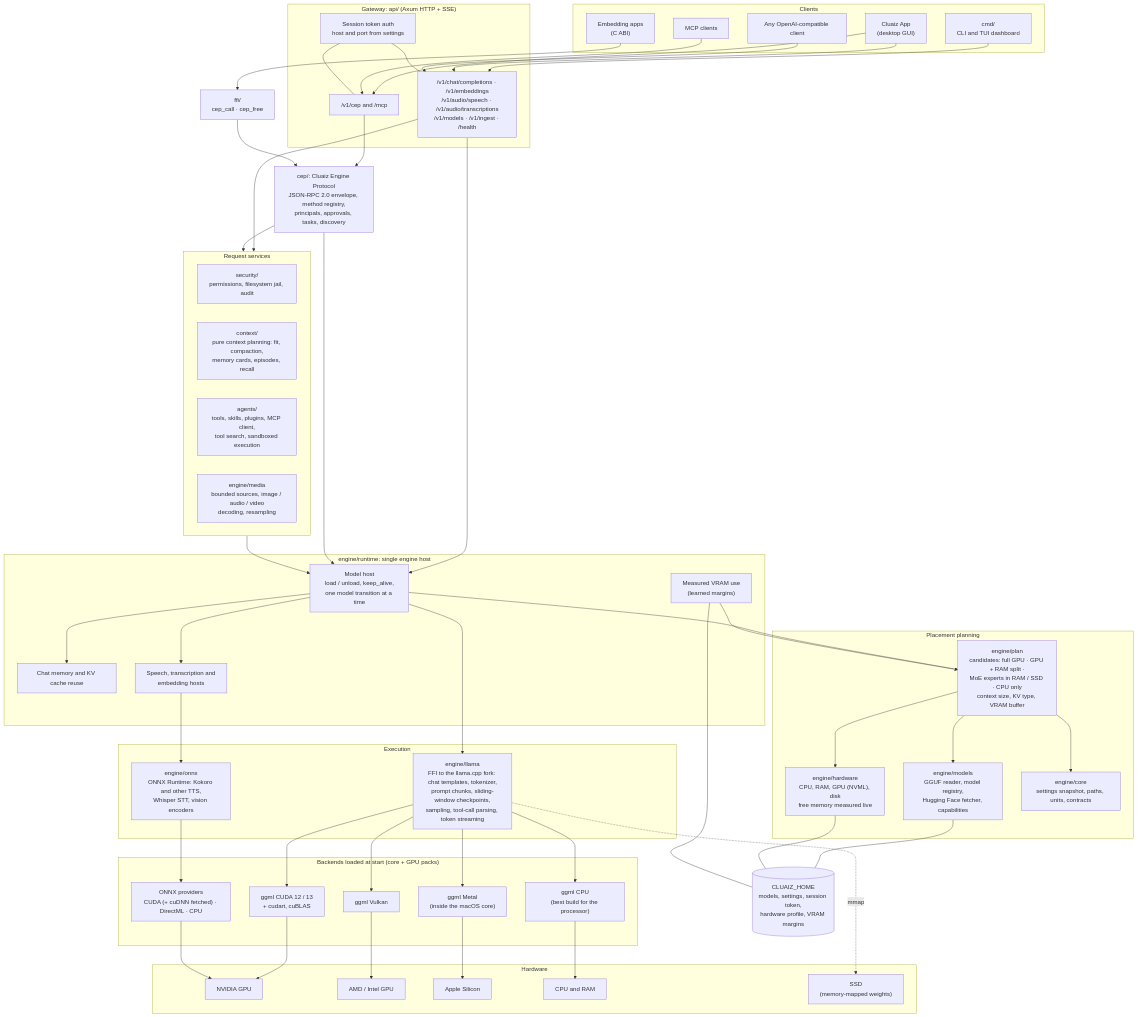
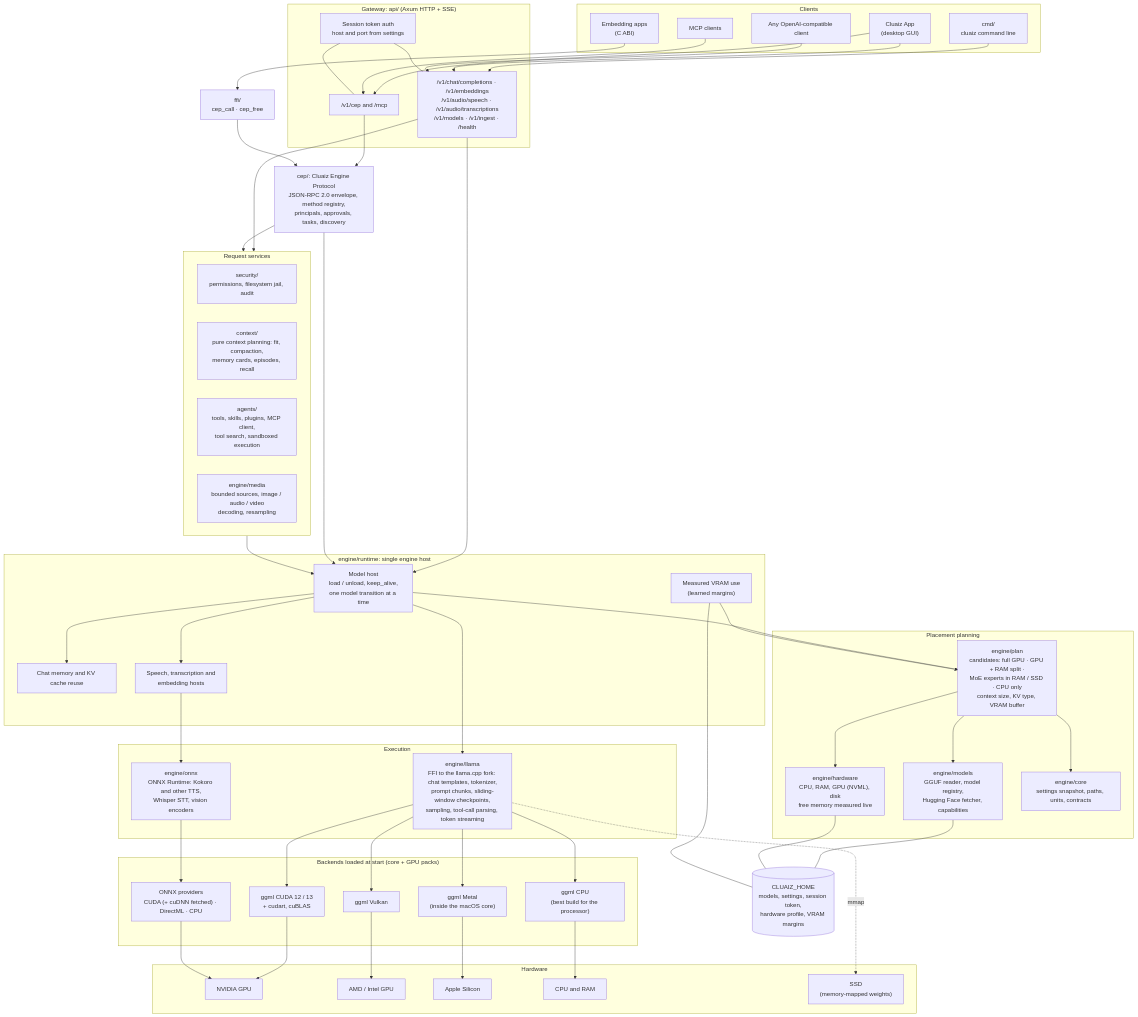
Before and after one commit to cluaiz/cluaiz: the first of 2 diagrams in README.md, drawn with Mermaid. The commit also changed other lines of this file, not shown here.

````diff
--- a/README.md
+++ b/README.md
@@ -255,7 +315,7 @@
 ```mermaid
 flowchart TB
     subgraph CLIENTS["Clients"]
-        CLI["cmd/<br/>CLI and TUI dashboard"]
+        CLI["cmd/<br/>cluaiz command line"]
         APP["Cluaiz App<br/>(desktop GUI)"]
         HTTP["Any OpenAI-compatible client"]
         MCPC["MCP clients"]
````
